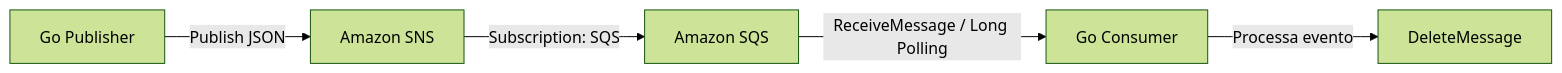
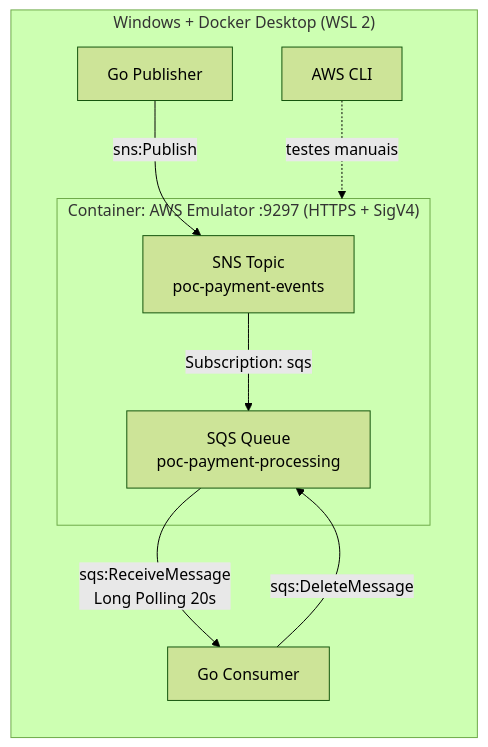
The first of 2 diagrams in README.md (AmrmDev/aws-emulator-poc-sqs-sns), drawn with Mermaid (forest theme) before and after one commit. The commit also changed other lines of this file, not shown here.

````diff
--- a/README.md
+++ b/README.md
@@ -30,7 +87,17 @@
-``` mermaid
+```mermaid
 flowchart LR
-    A[Go Publisher] -->|Publish JSON| B[Amazon SNS]
-    B -->|Subscription: SQS| C[Amazon SQS]
-    C -->|ReceiveMessage / Long Polling| D[Go Consumer]
-    D -->|Processa evento| E[DeleteMessage]
+    subgraph Host["Windows + Docker Desktop (WSL 2)"]
+        P[Go Publisher]
+        C[Go Consumer]
+        CLI[AWS CLI]
+        subgraph EMU["Container: AWS Emulator :9297 (HTTPS + SigV4)"]
+            T[SNS Topic<br/>poc-payment-events]
+            Q[SQS Queue<br/>poc-payment-processing]
+            T -->|Subscription: sqs| Q
+        end
+    end
+    P -->|sns:Publish| T
+    Q -->|sqs:ReceiveMessage<br/>Long Polling 20s| C
+    C -->|sqs:DeleteMessage| Q
+    CLI -.->|testes manuais| EMU
 ```
````
